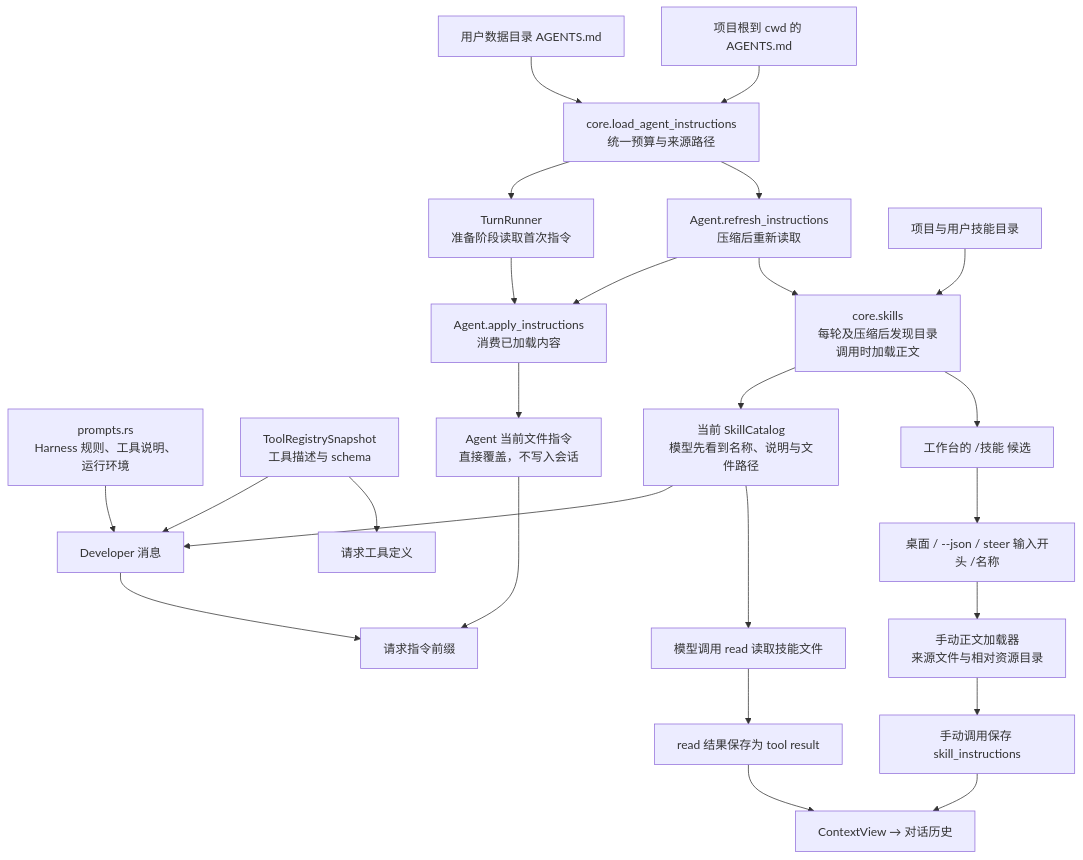
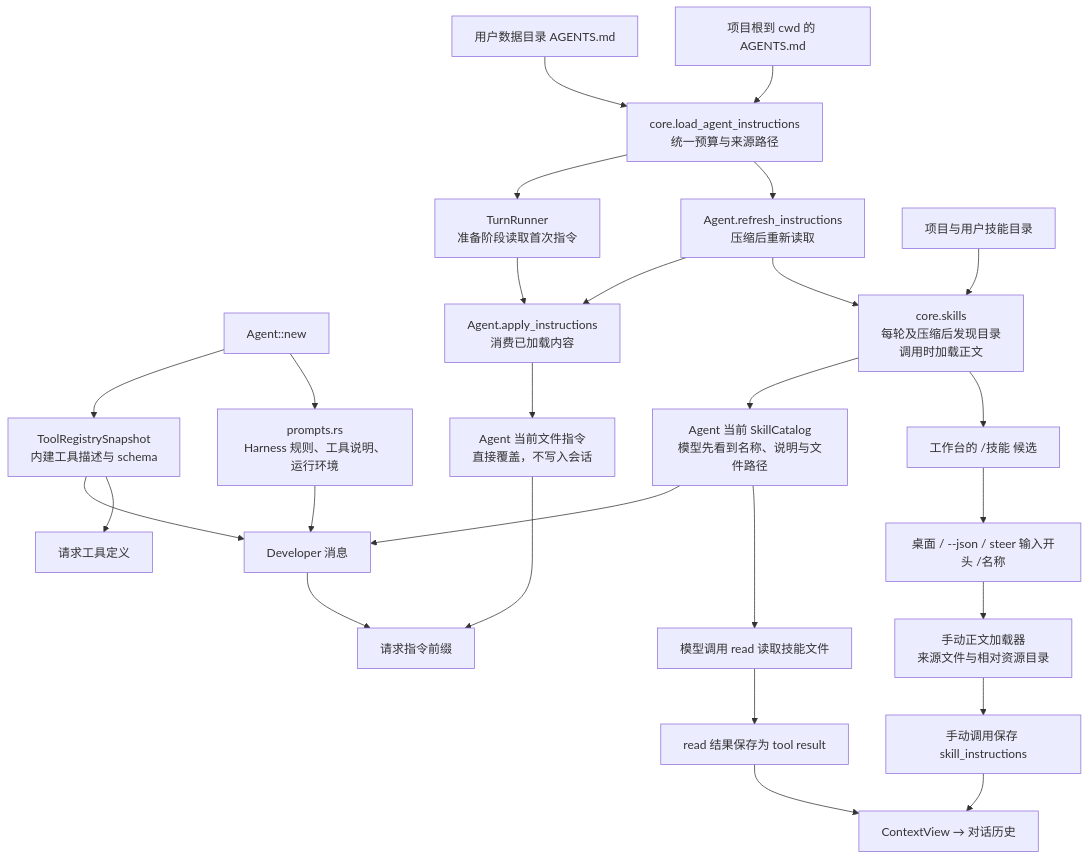
Before and after one commit to qjcnmd/singularity-agent: diagram 21 of 29 in docs/architecture.md, drawn with Mermaid. The commit also changed other lines of this file and 20 other files, not shown here.

````diff
--- a/docs/architecture.md
+++ b/docs/architecture.md
@@ -583,27 +585,29 @@
 ```mermaid
 flowchart TB
     Prompt["prompts.rs<br/>Harness 规则、工具说明、运行环境"] --> Developer["Developer 消息"]
-    Registry["ToolRegistrySnapshot<br/>工具描述与 schema"] --> Developer
+    Agent["Agent::new"] --> Registry["ToolRegistrySnapshot<br/>内建工具描述与 schema"]
+    Agent --> Prompt
+    Registry --> Developer
     Registry --> Schemas["请求工具定义"]
     UserAgents["用户数据目录 AGENTS.md"] --> Loader["core.load_agent_instructions<br/>统一预算与来源路径"]
     ProjectAgents["项目根到 cwd 的 AGENTS.md"] --> Loader
     Loader --> Prepared["TurnRunner<br/>准备阶段读取首次指令"]
     Prepared --> Refresh["Agent.apply_instructions<br/>消费已加载内容"]
     Loader --> Reload["Agent.refresh_instructions<br/>压缩后重新读取"]
     Reload --> Refresh
     Refresh --> Current["Agent 当前文件指令<br/>直接覆盖，不写入会话"]
     SkillDirs["项目与用户技能目录"] --> Skills["core.skills<br/>每轮及压缩后发现目录<br/>调用时加载正文"]
     Reload --> Skills
-    Skills --> Catalog["当前 SkillCatalog<br/>模型先看到名称、说明与文件路径"]
+    Skills --> Catalog["Agent 当前 SkillCatalog<br/>模型先看到名称、说明与文件路径"]
     Catalog --> Developer
     Catalog --> ModelSkill["模型调用 read 读取技能文件"]
     Skills --> Candidates["工作台的 /技能 候选"]
     Candidates --> Manual["桌面 / --json / steer 输入开头 /名称"]
     Manual --> Load["手动正文加载器<br/>来源文件与相对资源目录"]
     ModelSkill --> ToolResult["read 结果保存为 tool result"]
     Load --> SkillEntry["手动调用保存 skill_instructions"]
     Current --> Prefix["请求指令前缀"]
     Developer --> Prefix
     SkillEntry --> Context["ContextView → 对话历史"]
     ToolResult --> Context
 ```
````
